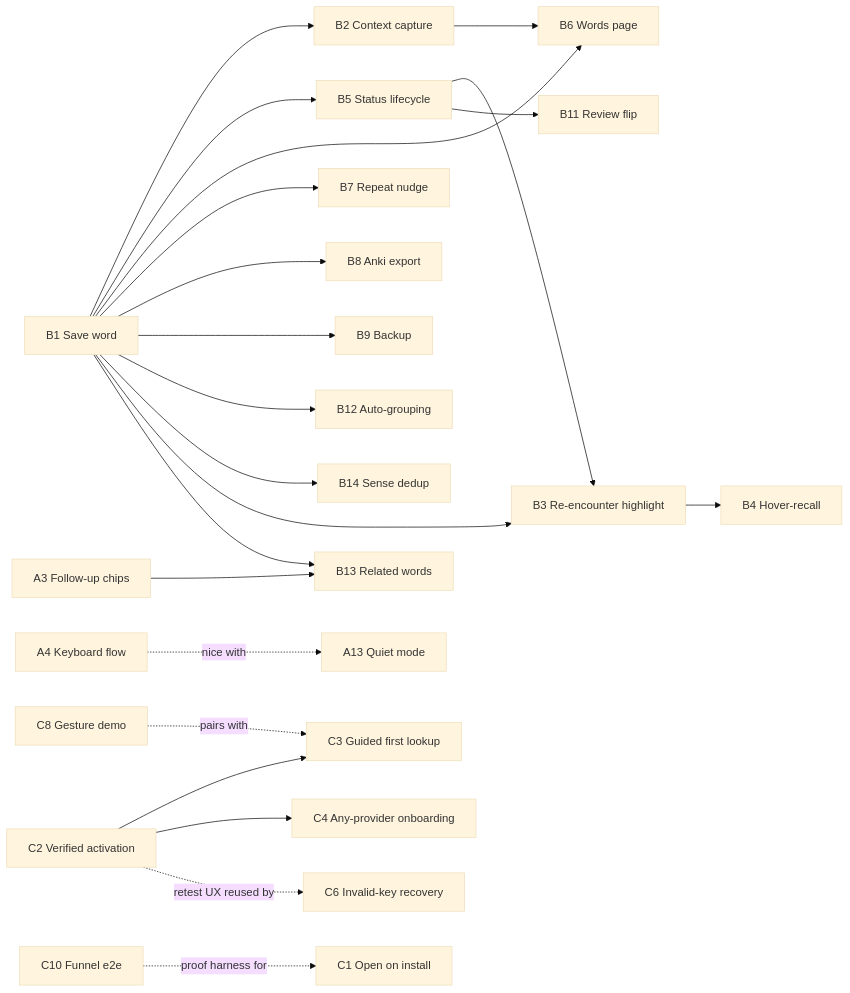
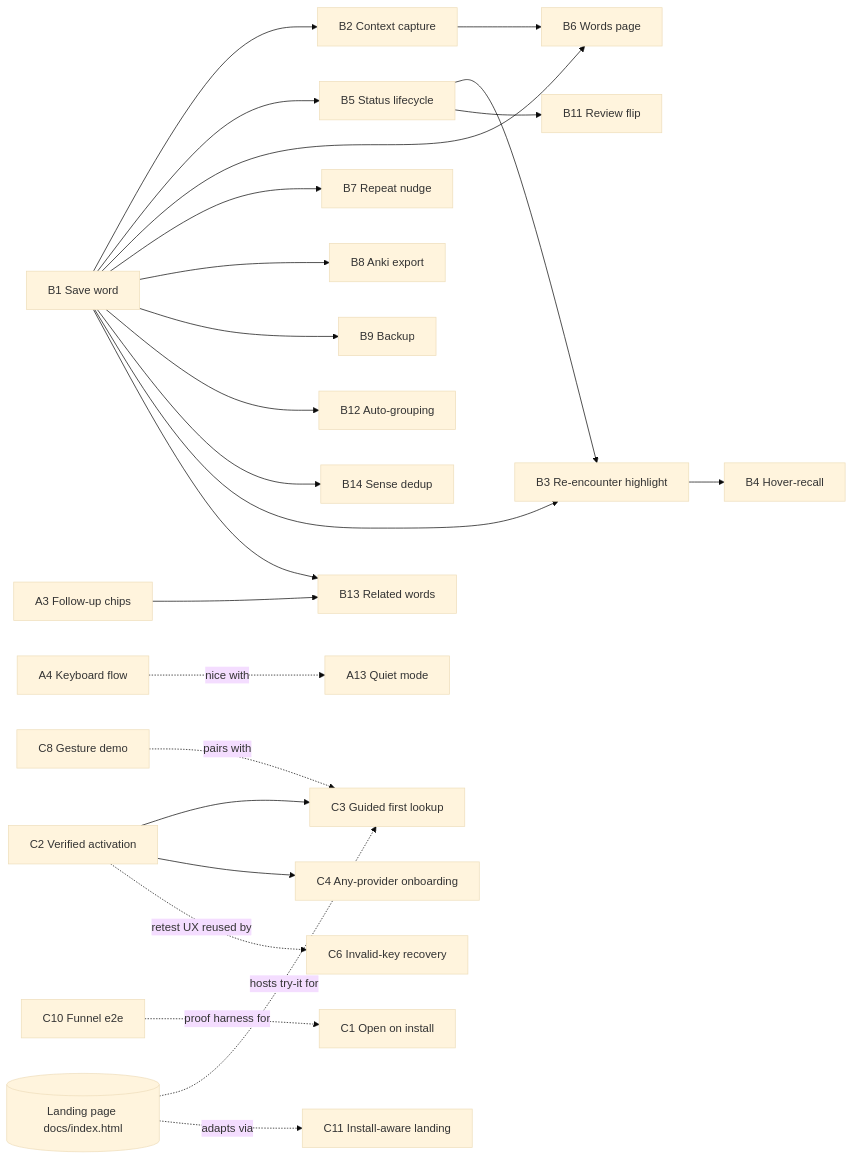
One commit to hieplam/ai-dict changed the diagram in docs/ROADMAP.md. Above: the diagram before and after it, drawn with Mermaid (base theme). The commit also changed other lines of this file and 1 other file, not shown here.

Commit message:
[onboarding-category-c] docs: Revise Category C for landing-page leverage; add C11; document the page in CLAUDE.md

````diff
--- a/docs/ROADMAP.md
+++ b/docs/ROADMAP.md
@@ -767,24 +832,26 @@
 ```mermaid
 graph LR
     B1[B1 Save word] --> B2[B2 Context capture]
     B1 --> B5[B5 Status lifecycle]
     B1 --> B6[B6 Words page]
     B1 --> B7[B7 Repeat nudge]
     B1 --> B8[B8 Anki export]
     B1 --> B9[B9 Backup]
     B1 --> B12[B12 Auto-grouping]
     B1 --> B14[B14 Sense dedup]
     B2 --> B6
     B5 --> B3[B3 Re-encounter highlight]
     B1 --> B3
     B3 --> B4[B4 Hover-recall]
     B5 --> B11[B11 Review flip]
     A3[A3 Follow-up chips] --> B13[B13 Related words]
     B1 --> B13
     A4[A4 Keyboard flow] -.nice with.-> A13[A13 Quiet mode]
     C2[C2 Verified activation] --> C3[C3 Guided first lookup]
     C2 --> C4[C4 Any-provider onboarding]
     C10[C10 Funnel e2e] -.proof harness for.-> C1[C1 Open on install]
     C8[C8 Gesture demo] -.pairs with.-> C3
     C2 -.retest UX reused by.-> C6[C6 Invalid-key recovery]
+    LP[(Landing page docs/index.html)] -.hosts try-it for.-> C3
+    LP -.adapts via.-> C11[C11 Install-aware landing]
 ```
````
